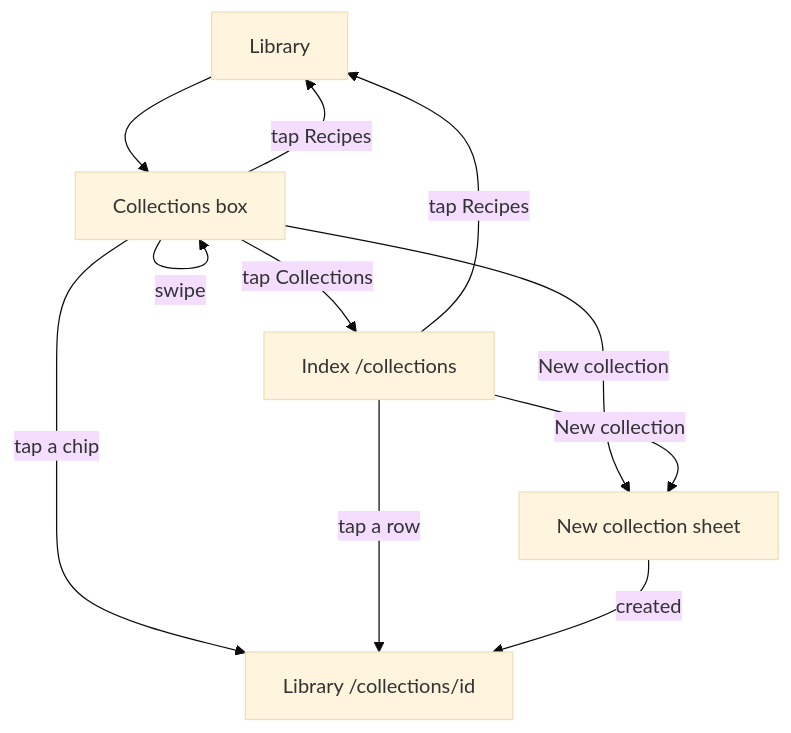
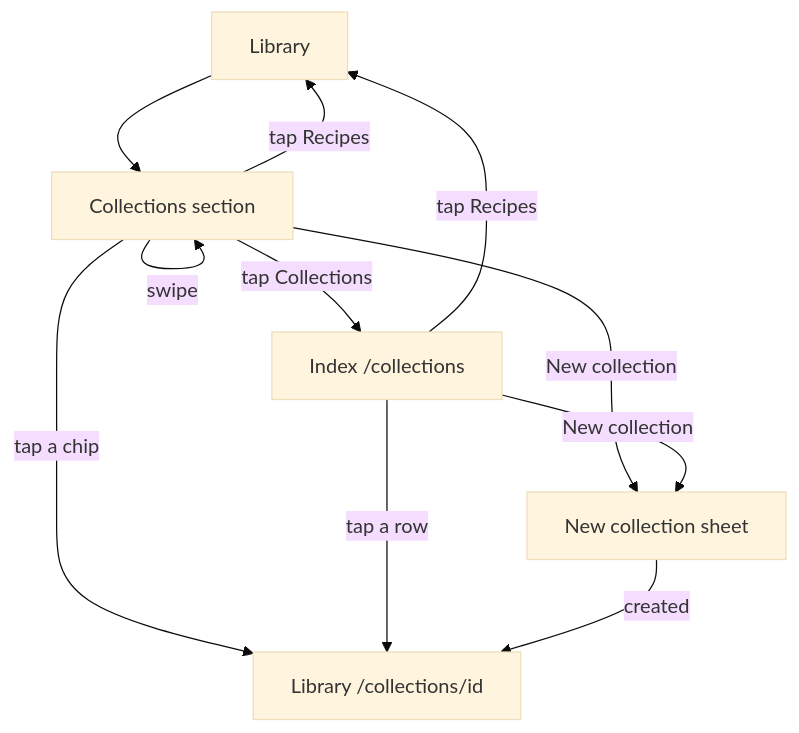
One commit to Bluefire2/cook changed the diagram in docs/plans/library-collections-region.md. Above: the diagram before and after it, drawn with Mermaid (base theme). The commit also changed other lines of this file and 1 other file, not shown here.

First line of the commit message:
Drop the card around the collections section

````diff
--- a/docs/plans/library-collections-region.md
+++ b/docs/plans/library-collections-region.md
@@ -139,18 +150,18 @@
 ```mermaid
 flowchart TD
   lib[Library]
-  box[Collections box]
+  row[Collections section]
   index["Index /collections"]
   sheet[New collection sheet]
   named["Library /collections/id"]
-  lib --> box
-  box -->|tap Recipes| lib
-  box -->|tap a chip| named
-  box -->|swipe| box
-  box -->|tap Collections| index
-  box -->|New collection| sheet
+  lib --> row
+  row -->|tap Recipes| lib
+  row -->|tap a chip| named
+  row -->|swipe| row
+  row -->|tap Collections| index
+  row -->|New collection| sheet
   index -->|tap Recipes| lib
   index -->|tap a row| named
   index -->|New collection| sheet
   sheet -->|created| named
 ```
````
